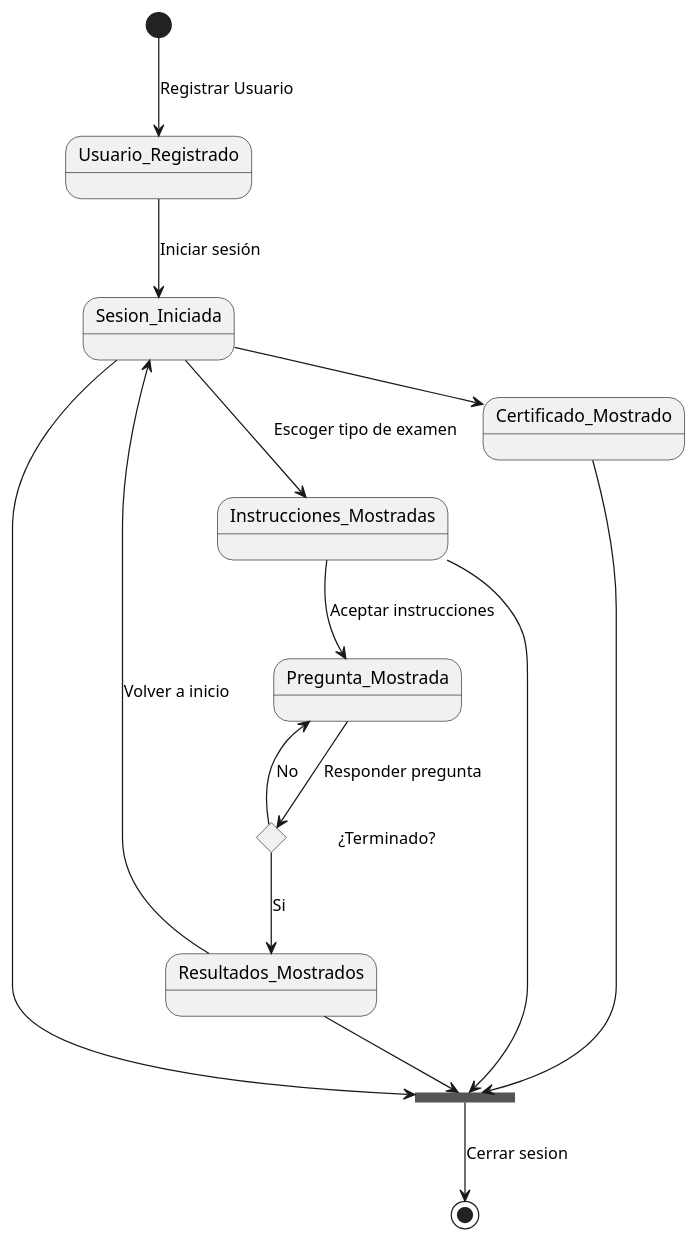
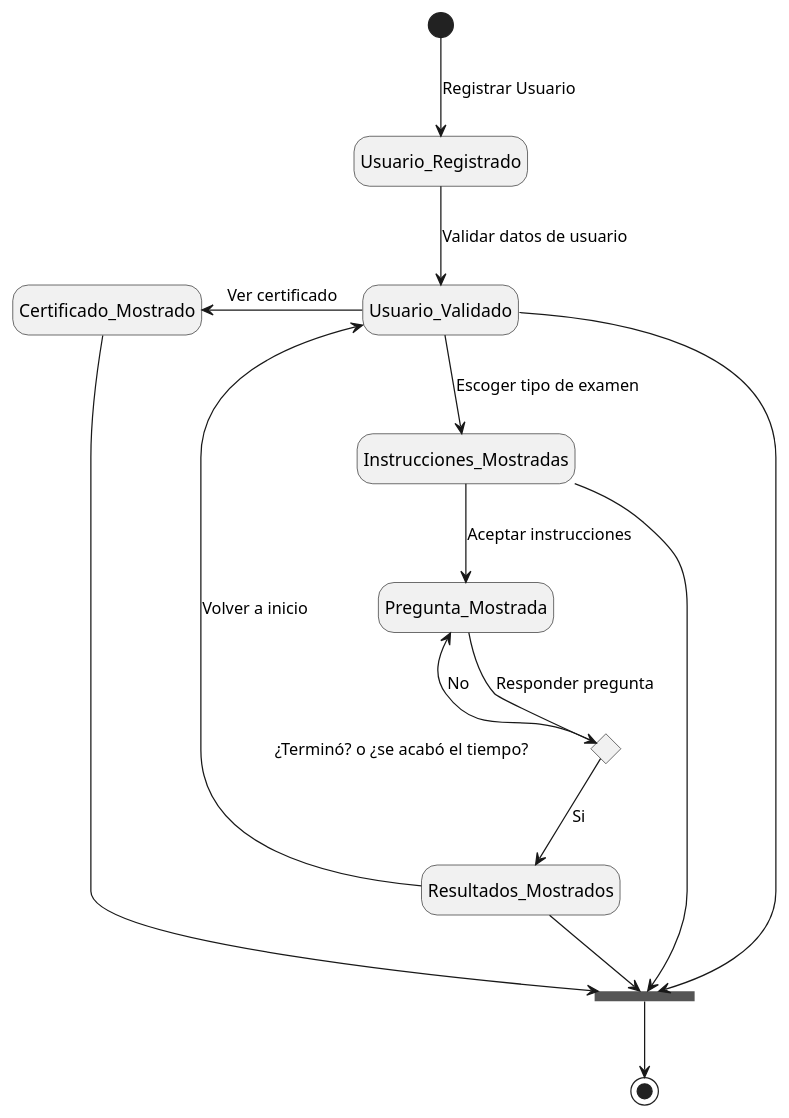
One commit to TheSProyect/Proyecto-IS-Grupo-1 changed the diagram in docs/scenariosView/StateDiagram.plantuml. Above: the diagram before and after it, drawn with PlantUML. The commit also changed 1 other file, not shown here.

Commit message:
Cambios diagrama de estado

```diff
--- a/docs/scenariosView/StateDiagram.plantuml
+++ b/docs/scenariosView/StateDiagram.plantuml
@@ -1,27 +1,34 @@
 @startuml Project-StateDiagram
 state join_state <<join>>
 state c <<choice>>
-skinparam noteBackgroundColor transparent
-skinparam noteBorderColor transparent
+
+hide empty description
+
+<style>
+note {
+    LineColor transparent
+    BackgroundColor transparent
+}
+</style>
 
 [*] --> Usuario_Registrado : Registrar Usuario
-Usuario_Registrado -down-> Sesion_Iniciada : Iniciar sesión
-Sesion_Iniciada -down-> Instrucciones_Mostradas : Escoger tipo de examen
+Usuario_Registrado -down-> Usuario_Validado : Validar datos de usuario
+Usuario_Validado -down-> Instrucciones_Mostradas : Escoger tipo de examen
 Instrucciones_Mostradas -down-> Pregunta_Mostrada : Aceptar instrucciones
 Pregunta_Mostrada -down-> c : Responder pregunta
 c -up-> Pregunta_Mostrada : No
 c -down-> Resultados_Mostrados : Si
 Resultados_Mostrados --> join_state
 
-note right of c
-    ¿Terminado?
+note left of c
+    ¿Terminó? o ¿se acabó el tiempo?
 end note
 
-Resultados_Mostrados -left-> Sesion_Iniciada : Volver a inicio
-Sesion_Iniciada -right-> join_state
+Resultados_Mostrados -left-> Usuario_Validado : Volver a inicio
+Usuario_Validado -right-> join_state
 Instrucciones_Mostradas -right-> join_state
-Sesion_Iniciada -right-> Certificado_Mostrado : Ver certificado
+Usuario_Validado -left-> Certificado_Mostrado : Ver certificado
 Certificado_Mostrado -down-> join_state
-join_state --> [*] : Cerrar sesion
+join_state --> [*]
 
 @enduml
```
